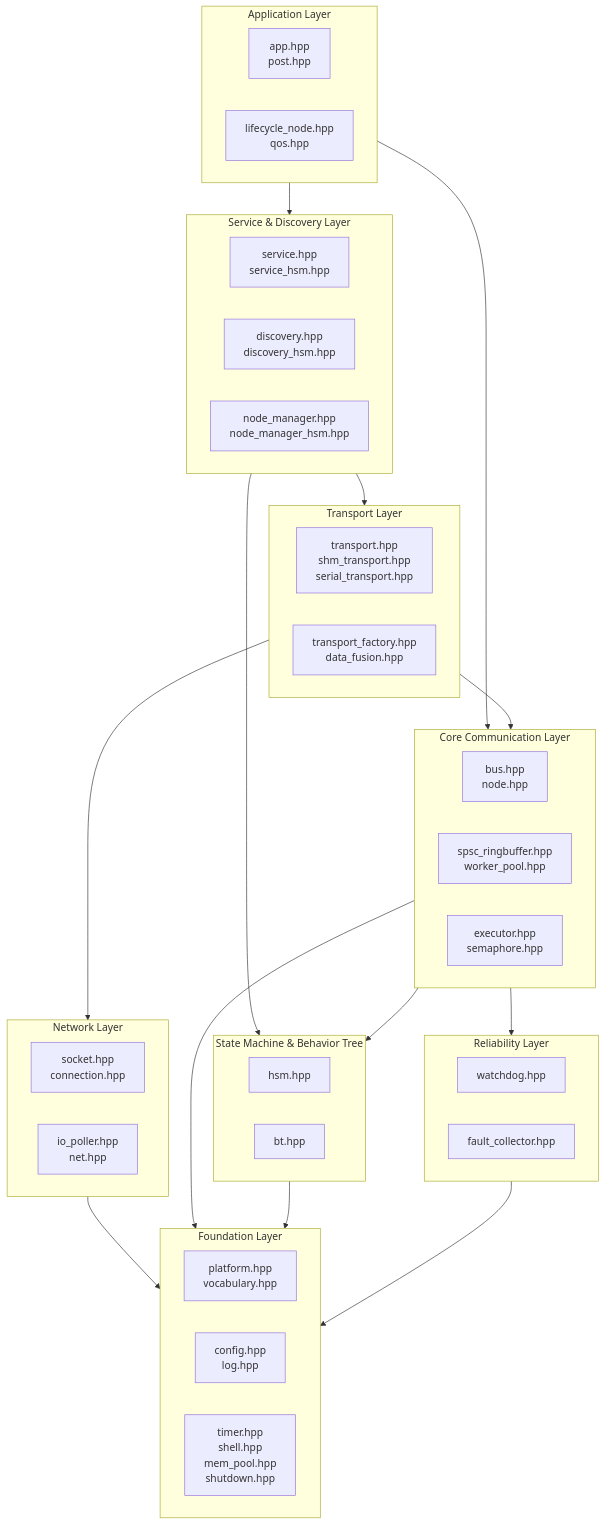
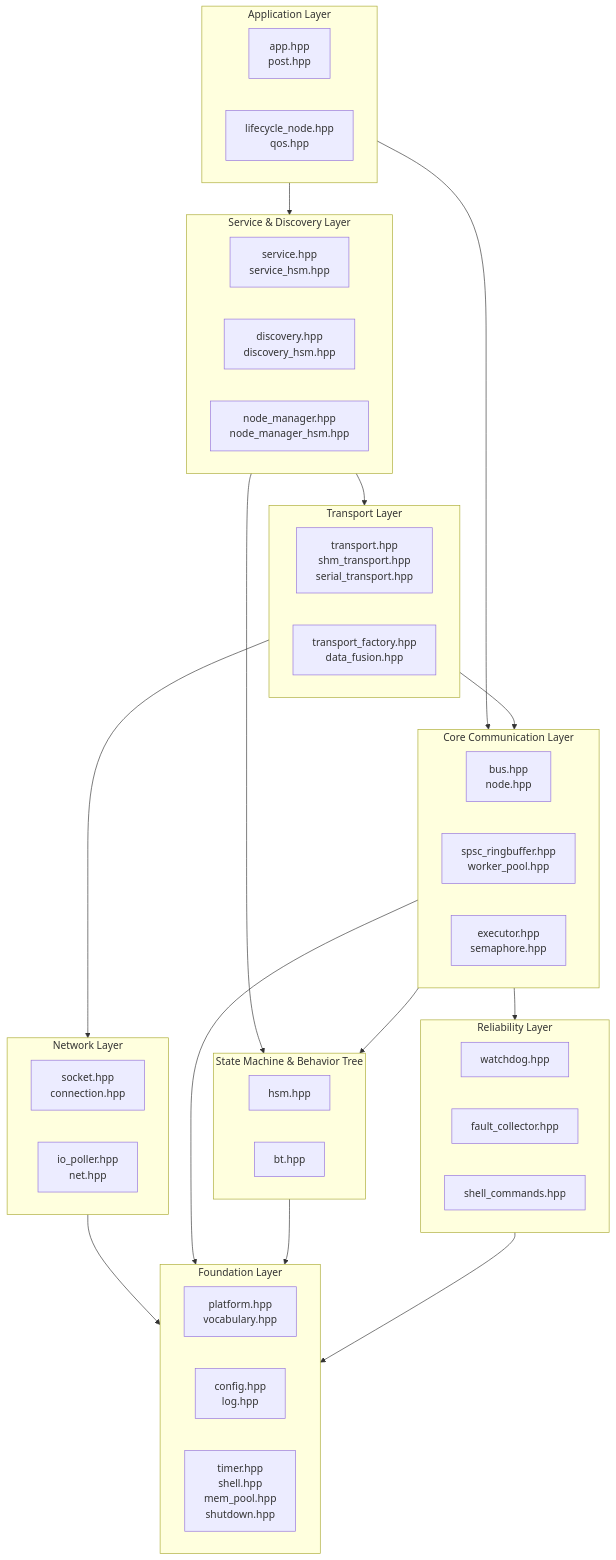
One commit to DeguiLiu/newosp changed the first of 2 diagrams in README.md. Above: the diagram before and after it, drawn with Mermaid. The commit also changed other lines of this file and 10 other files, not shown here.

First line of the commit message:
feat: add shell_commands.hpp diagnostic bridge and module query APIs

````diff
--- a/README.md
+++ b/README.md
@@ -95,58 +96,59 @@
 ```mermaid
 graph TB
     subgraph Application["Application Layer"]
         APP[app.hpp<br/>post.hpp]
         LC[lifecycle_node.hpp<br/>qos.hpp]
     end
 
     subgraph Service["Service & Discovery Layer"]
         SVC[service.hpp<br/>service_hsm.hpp]
         DISC[discovery.hpp<br/>discovery_hsm.hpp]
         NM[node_manager.hpp<br/>node_manager_hsm.hpp]
     end
 
     subgraph Transport["Transport Layer"]
         TRANS[transport.hpp<br/>shm_transport.hpp<br/>serial_transport.hpp]
         TF[transport_factory.hpp<br/>data_fusion.hpp]
     end
 
     subgraph Network["Network Layer"]
         NET[socket.hpp<br/>connection.hpp]
         IO[io_poller.hpp<br/>net.hpp]
     end
 
     subgraph Core["Core Communication Layer"]
         BUS[bus.hpp<br/>node.hpp]
         SPSC[spsc_ringbuffer.hpp<br/>worker_pool.hpp]
         EXEC[executor.hpp<br/>semaphore.hpp]
     end
 
     subgraph StateMachine["State Machine & Behavior Tree"]
         HSM[hsm.hpp]
         BT[bt.hpp]
     end
 
     subgraph Reliability["Reliability Layer"]
         WD[watchdog.hpp]
         FC[fault_collector.hpp]
+        SC[shell_commands.hpp]
     end
 
     subgraph Foundation["Foundation Layer"]
         PLAT[platform.hpp<br/>vocabulary.hpp]
         CFG[config.hpp<br/>log.hpp]
         UTIL[timer.hpp<br/>shell.hpp<br/>mem_pool.hpp<br/>shutdown.hpp]
     end
 
     Application --> Service
     Application --> Core
     Service --> Transport
     Service --> StateMachine
     Transport --> Network
     Transport --> Core
     Network --> Foundation
     Core --> StateMachine
     Core --> Reliability
     Core --> Foundation
     StateMachine --> Foundation
     Reliability --> Foundation
 ```
````
